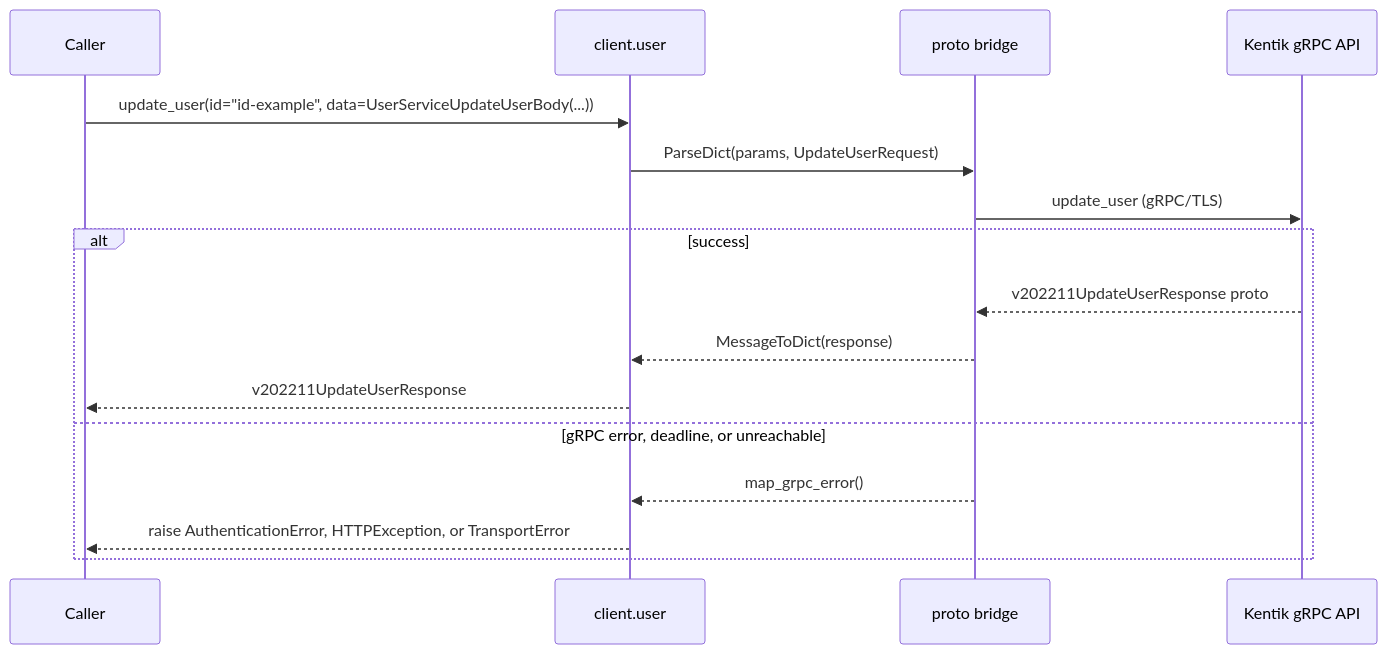
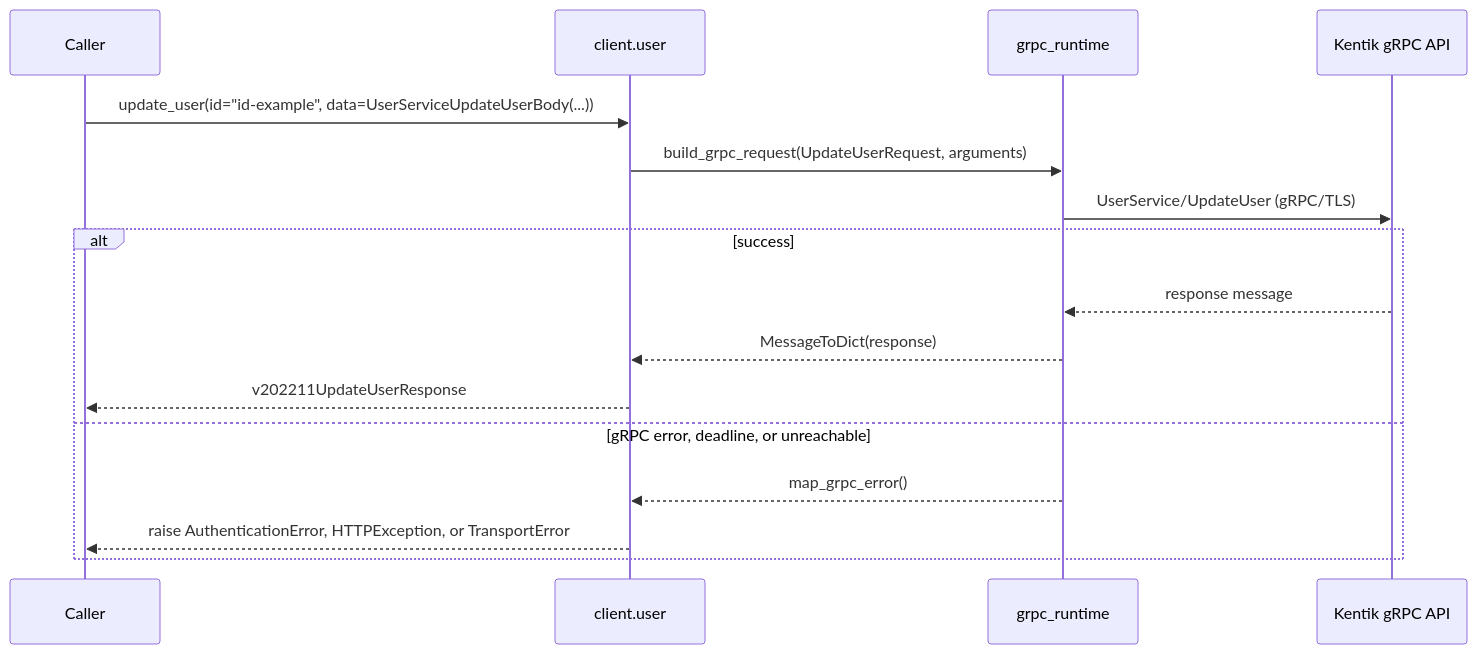
One commit to alexdearaujo/community_sdk_python changed the ninth of 16 diagrams in docs/sphinx/services/user.md. Above: the diagram before and after it, drawn with Mermaid. The commit also changed other lines of this file and 37 other files, not shown here.

First line of the commit message:
docs: show the real RPC in each service page's gRPC diagram

````diff
--- a/docs/sphinx/services/user.md
+++ b/docs/sphinx/services/user.md
@@ -279,19 +279,19 @@
 ```mermaid
 sequenceDiagram
     participant C as Caller
     participant W as client.user
-    participant B as proto bridge
+    participant R as grpc_runtime
     participant API as Kentik gRPC API
 
     C->>W: update_user(id="id-example", data=UserServiceUpdateUserBody(...))
-    W->>B: ParseDict(params, UpdateUserRequest)
-    B->>API: update_user (gRPC/TLS)
+    W->>R: build_grpc_request(UpdateUserRequest, arguments)
+    R->>API: UserService/UpdateUser (gRPC/TLS)
     alt success
-        API-->>B: v202211UpdateUserResponse proto
-        B-->>W: MessageToDict(response)
+        API-->>R: response message
+        R-->>W: MessageToDict(response)
         W-->>C: v202211UpdateUserResponse
     else gRPC error, deadline, or unreachable
-        B-->>W: map_grpc_error()
+        R-->>W: map_grpc_error()
         W-->>C: raise AuthenticationError, HTTPException, or TransportError
     end
 ```
````
